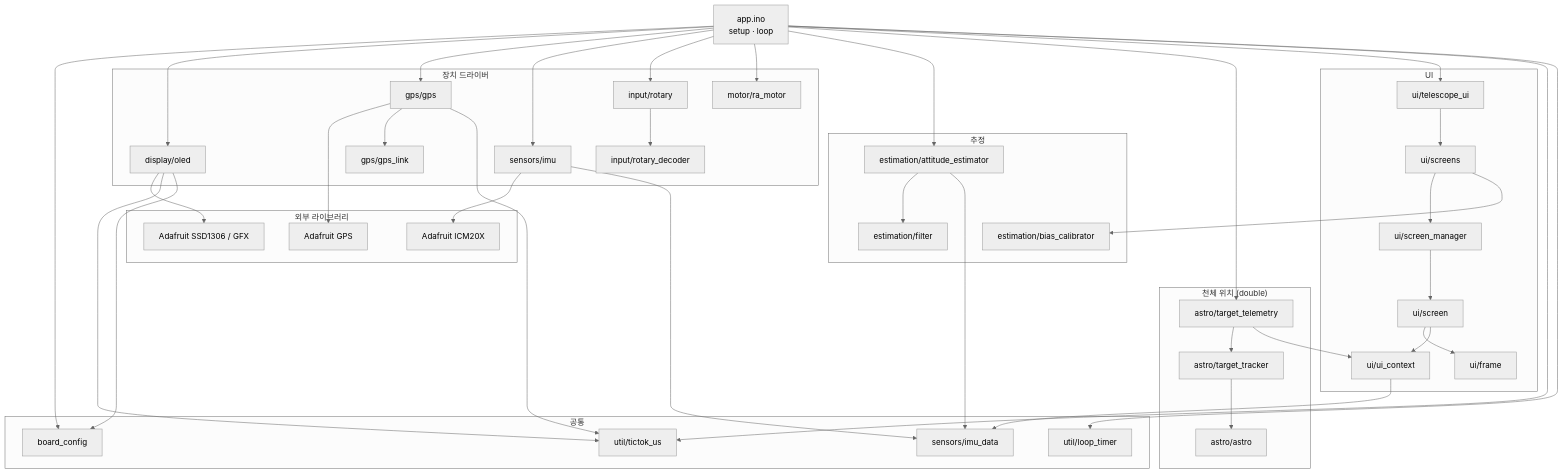
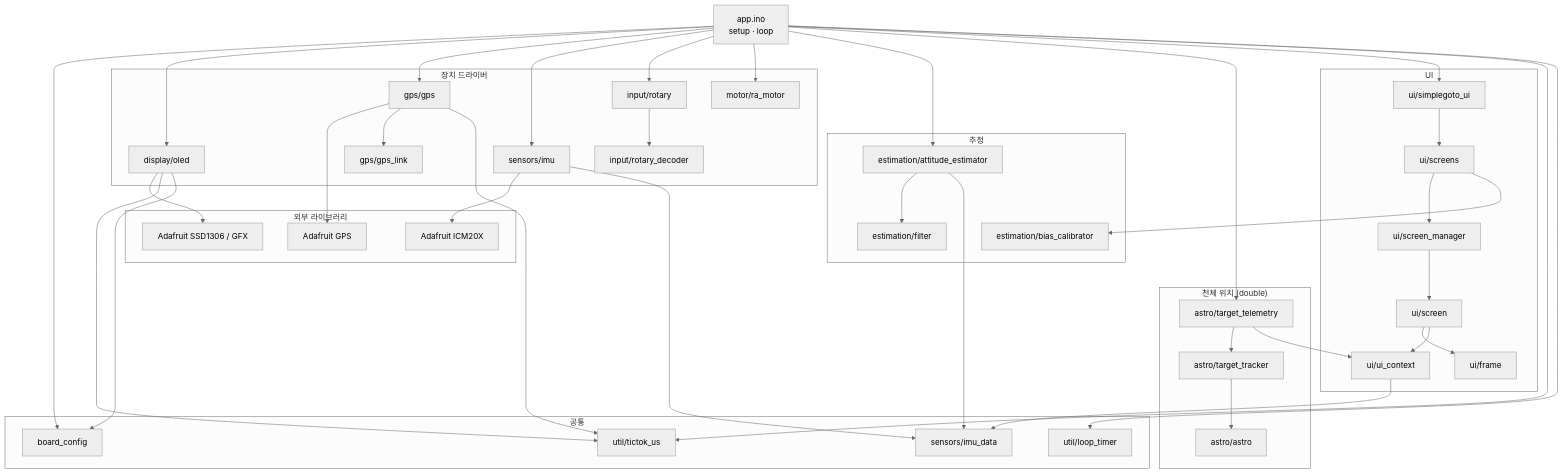
Before and after one commit to Kimbyung-wook/EspGotoTelescope: the first of 3 diagrams in docs/architecture/ARCHITECTURE.md, drawn with Mermaid (neutral theme). The commit also changed other lines of this file and 16 other files, not shown here.

````diff
--- a/docs/architecture/ARCHITECTURE.md
+++ b/docs/architecture/ARCHITECTURE.md
@@ -57,61 +57,61 @@
 ```mermaid
 flowchart TB
   APP["app.ino<br/>setup · loop"]
 
   subgraph DRIVERS["장치 드라이버"]
     OLED["display/oled"]
     GPS["gps/gps"]
     GPSL["gps/gps_link"]
     IMU["sensors/imu"]
     ROT["input/rotary"]
     ROTD["input/rotary_decoder"]
     MOT["motor/ra_motor"]
   end
 
   subgraph EST["추정"]
     ATT["estimation/attitude_estimator"]
     FLT["estimation/filter"]
     BIAS["estimation/bias_calibrator"]
   end
 
   subgraph AST["천체 위치 (double)"]
     ASTRO["astro/astro"]
     MTRK["astro/target_tracker"]
     MTEL["astro/target_telemetry"]
   end
 
   subgraph UI["UI"]
-    TUI["ui/telescope_ui"]
+    TUI["ui/simplegoto_ui"]
     SCRS["ui/screens"]
     MGR["ui/screen_manager"]
     SCR["ui/screen"]
     FRM["ui/frame"]
     CTX["ui/ui_context"]
   end
 
   subgraph COMMON["공통"]
     CFG["board_config"]
     IMUD["sensors/imu_data"]
     TT["util/tictok_us"]
     LT["util/loop_timer"]
   end
 
   subgraph LIBS["외부 라이브러리"]
     L_SSD["Adafruit SSD1306 / GFX"]
     L_GPS["Adafruit GPS"]
     L_ICM["Adafruit ICM20X"]
   end
 
   APP --> CFG & OLED & GPS & IMU & ROT & MOT & ATT & MTEL & TUI & TT & LT
   MTEL --> MTRK --> ASTRO
   MTEL --> CTX
   OLED --> L_SSD & TT & CFG
   GPS --> L_GPS & GPSL & TT
   IMU --> L_ICM & IMUD
   ROT --> ROTD
   ATT --> FLT & IMUD
   TUI --> SCRS --> MGR --> SCR
   SCRS --> BIAS
   SCR --> FRM & CTX
   CTX --> IMUD
 ```
````
